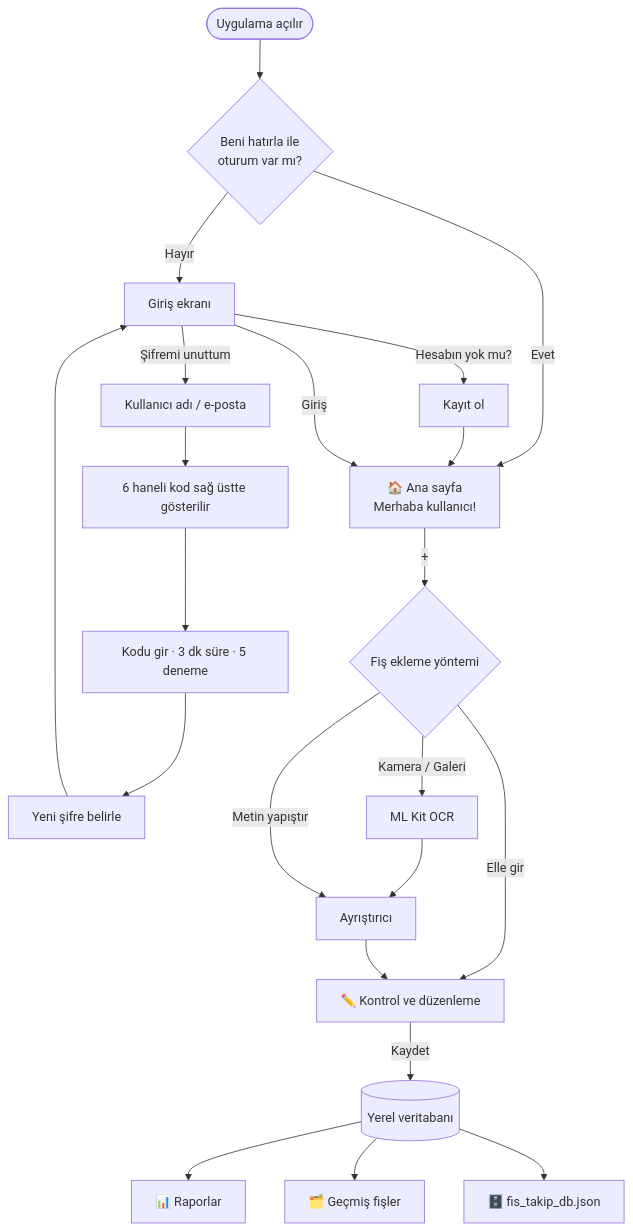
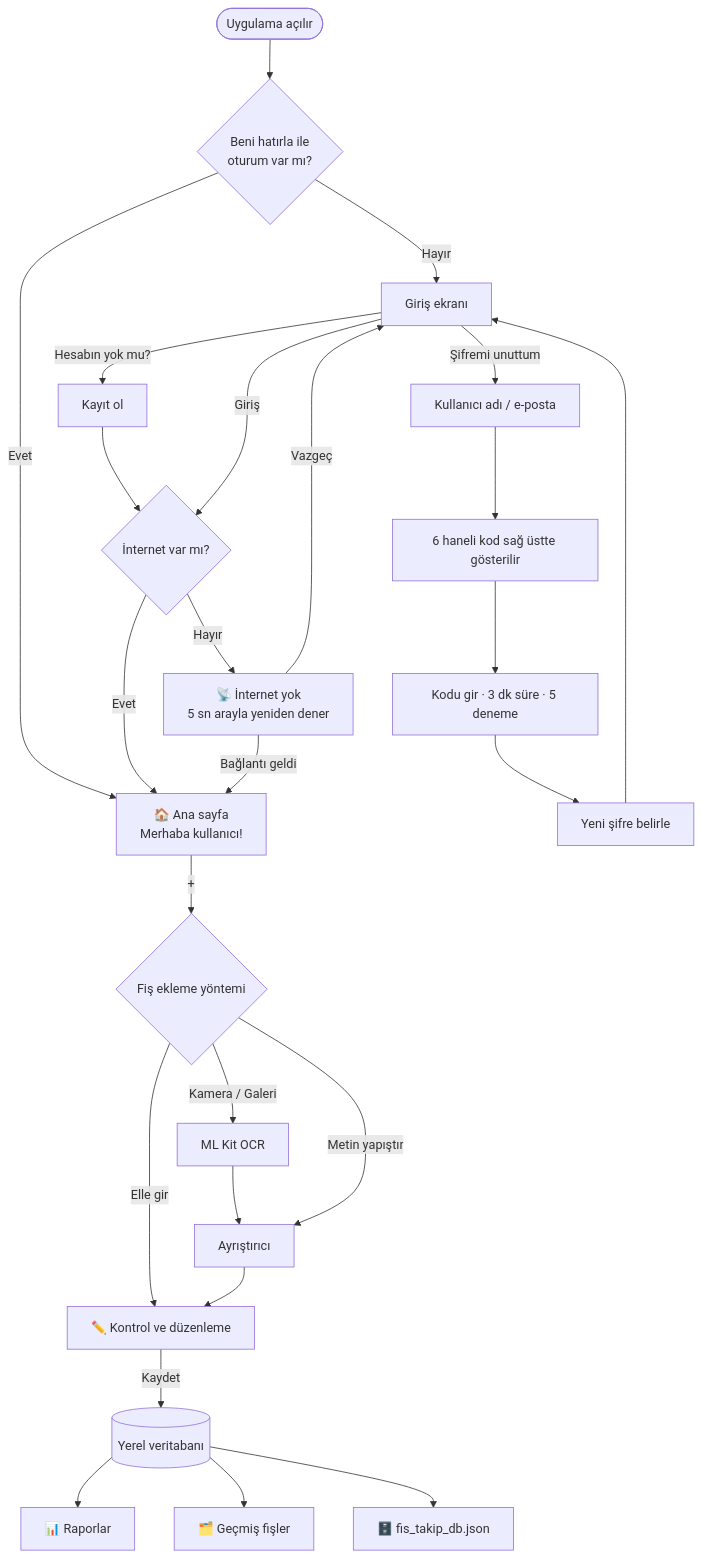
One commit to auxydev/flutter_odev changed the first of 3 diagrams in README.md. Above: the diagram before and after it, drawn with Mermaid. The commit also changed other lines of this file and 9 other files, not shown here.

First line of the commit message:
İnternet yokken giriş/kayıt engellenir: yeniden bağlanma penceresi

````diff
--- a/README.md
+++ b/README.md
@@ -105,21 +106,25 @@
 ```mermaid
 flowchart TD
     A([Uygulama açılır]) --> B{Beni hatırla ile<br/>oturum var mı?}
     B -- Evet --> H
     B -- Hayır --> L[Giriş ekranı]
-    L -- Hesabın yok mu? --> R[Kayıt ol] --> H
+    L -- Hesabın yok mu? --> R[Kayıt ol] --> NET
     L -- Şifremi unuttum --> F1[Kullanıcı adı / e-posta]
     F1 --> F2[6 haneli kod sağ üstte gösterilir]
     F2 --> F3[Kodu gir · 3 dk süre · 5 deneme]
     F3 --> F4[Yeni şifre belirle] --> L
-    L -- Giriş --> H
+    L -- Giriş --> NET{İnternet var mı?}
+    NET -- Evet --> H
+    NET -- Hayır --> NI[📡 İnternet yok<br/>5 sn arayla yeniden dener]
+    NI -- Bağlantı geldi --> H
+    NI -- Vazgeç --> L
 
     H[🏠 Ana sayfa<br/>Merhaba kullanıcı!] -- "+" --> S{Fiş ekleme yöntemi}
     S -- Kamera / Galeri --> O[ML Kit OCR] --> P[Ayrıştırıcı]
     S -- Metin yapıştır --> P
     S -- Elle gir --> K
     P --> K[✏️ Kontrol ve düzenleme] -- Kaydet --> DB[(Yerel veritabanı)]
     DB --> RP[📊 Raporlar]
     DB --> GF[🗂️ Geçmiş fişler]
     DB --> J[🗄️ fis_takip_db.json]
 ```
````
